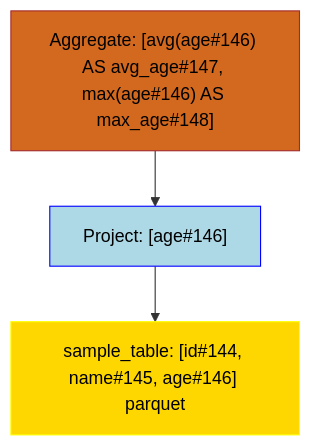
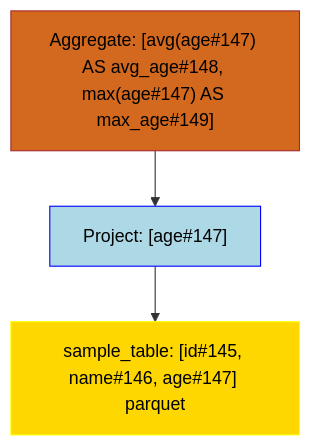
One commit to NielkNetraam/explainalyzed changed the diagram in data/visualization/aggregation_1.mmd. Above: the diagram before and after it, drawn with Mermaid. The commit also changed 61 other files, not shown here.

```diff
--- a/data/visualization/aggregation_1.mmd
+++ b/data/visualization/aggregation_1.mmd
@@ -1,15 +1,15 @@
 flowchart TD
     classDef PROJECT stroke:Blue,fill:LightBlue,color:black
     classDef FILTER stroke:Green,fill:LightGreen,color:black
     classDef UNION stroke:Purple,fill:Violet,color:black
     classDef JOIN stroke:DarkOrange,fill:Orange,color:black
     classDef RELATION stroke:Yellow,fill:Gold,color:black
     classDef AGGREGATE stroke:Brown,fill:Chocolate,color:black
     classDef WINDOW stroke:Aqua,fill:Cyan,color:black
 
-    Aggregate#00001["Aggregate: [avg(age#146) AS avg_age#147, max(age#146) AS max_age#148]"]:::AGGREGATE
-    Project#00002["Project: [age#146]"]:::PROJECT
-    Relation#00003["sample_table: [id#144, name#145, age#146] parquet"]:::RELATION
+    Aggregate#00001["Aggregate: [avg(age#147) AS avg_age#148, max(age#147) AS max_age#149]"]:::AGGREGATE
+    Project#00002["Project: [age#147]"]:::PROJECT
+    Relation#00003["sample_table: [id#145, name#146, age#147] parquet"]:::RELATION
 
     Aggregate#00001 --> Project#00002
         Project#00002 --> Relation#00003
```
